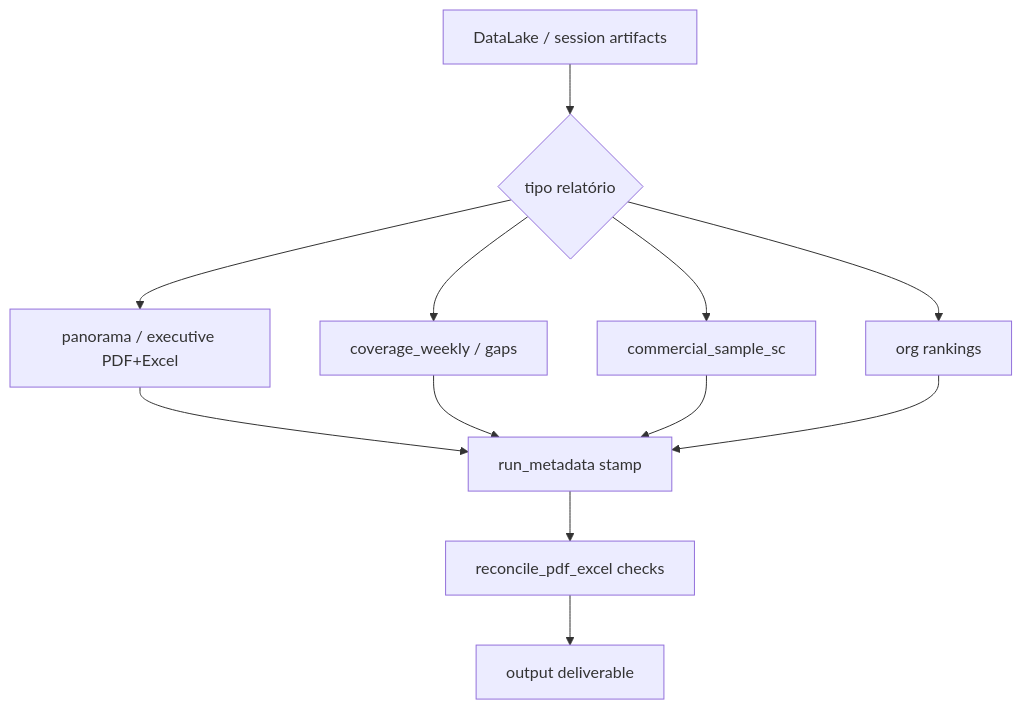
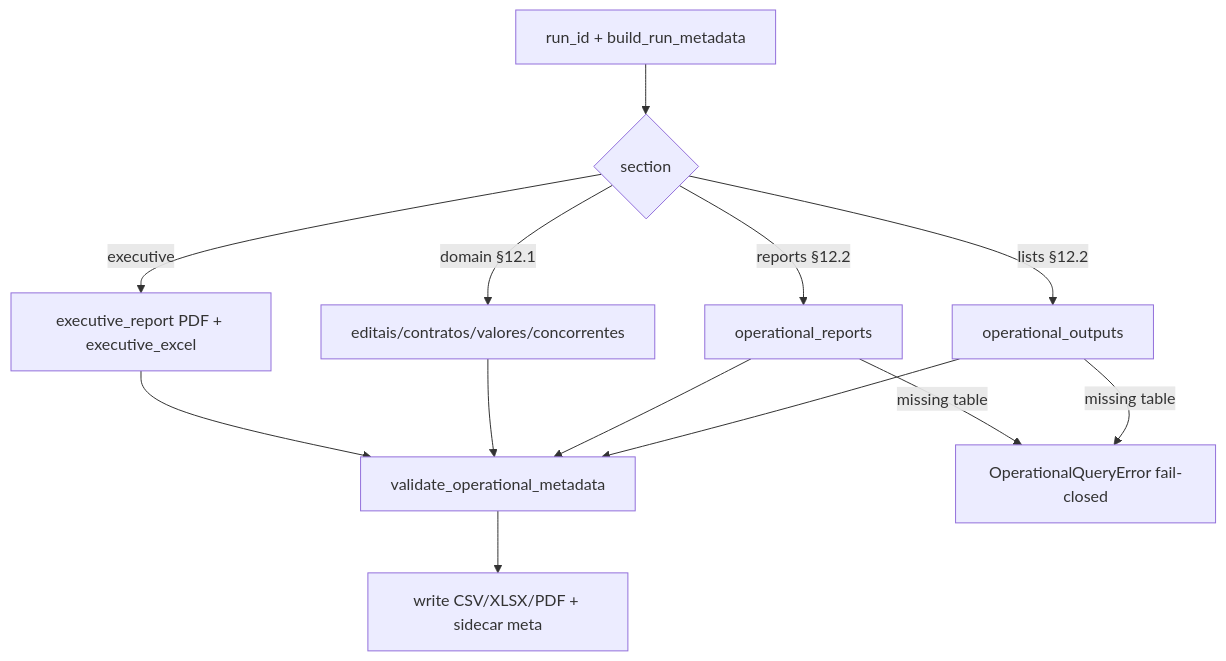
One commit to tjsasakifln/extra-cli changed the diagram in _reversa_sdd/flowcharts/reports.md. Above: the diagram before and after it, drawn with Mermaid. The commit also changed other lines of this file and 41 other files, not shown here.

````diff
--- a/_reversa_sdd/flowcharts/reports.md
+++ b/_reversa_sdd/flowcharts/reports.md
@@ -5,14 +7,15 @@
 ```mermaid
 flowchart TD
-    A[DataLake / session artifacts] --> B{tipo relatório}
-    B --> C[panorama / executive PDF+Excel]
-    B --> D[coverage_weekly / gaps]
-    B --> E[commercial_sample_sc]
-    B --> F[org rankings]
-    C --> G[run_metadata stamp]
-    D --> G
-    E --> G
-    F --> G
-    G --> H[reconcile_pdf_excel checks]
-    H --> I[output deliverable]
+  A[run_id + build_run_metadata] --> B{section}
+  B -->|lists §12.2| C[operational_outputs]
+  B -->|reports §12.2| D[operational_reports]
+  B -->|domain §12.1| E[editais/contratos/valores/concorrentes]
+  B -->|executive| F[executive_report PDF + executive_excel]
+  C --> G[validate_operational_metadata]
+  D --> G
+  E --> G
+  F --> G
+  G --> H[write CSV/XLSX/PDF + sidecar meta]
+  C -->|missing table| X[OperationalQueryError fail-closed]
+  D -->|missing table| X
 ```
````
